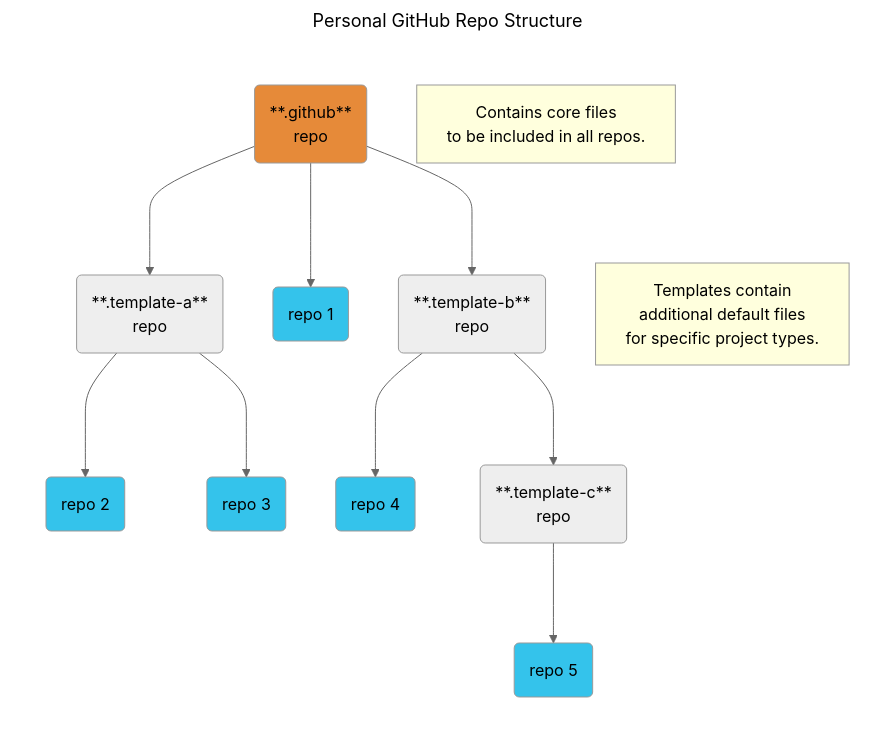
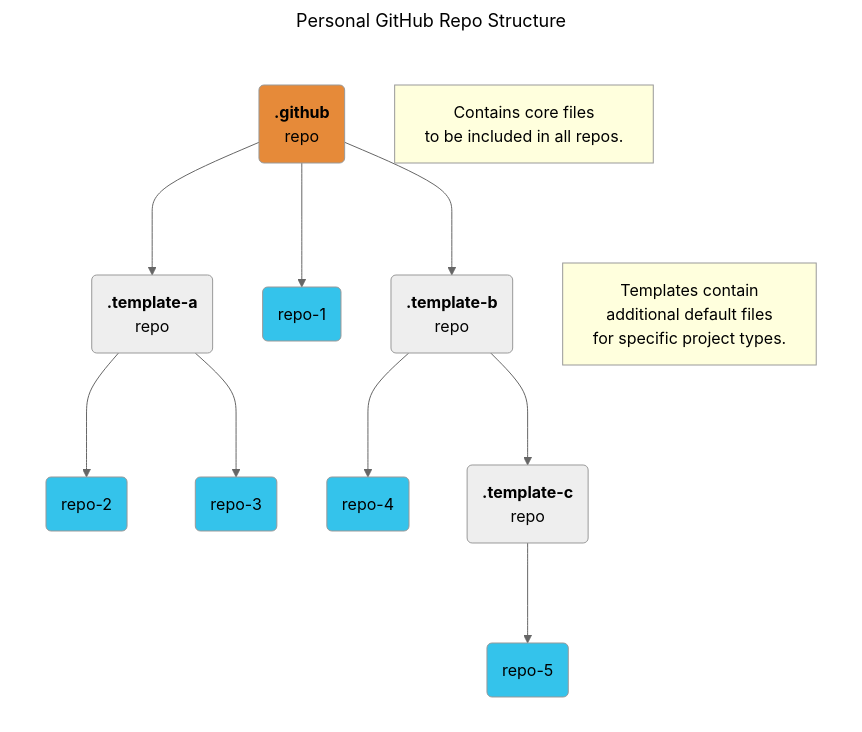
Before and after one commit to TaffarelJr/.github: the diagram in README.md, drawn with Mermaid (neutral theme). The commit also changed other lines of this file and 3 other files, not shown here.

````diff
--- a/README.md
+++ b/README.md
@@ -10,65 +10,65 @@
 ```mermaid
 ---
 title: Personal GitHub Repo Structure
 ---
 
 flowchart TB
 
   subgraph row1 [" "]
-    github(**.github**
+    github(<b>.github</b>
     repo)
 
     githubNote[Contains core files
     to be included in all repos.]
   end
 
   subgraph row2 [" "]
-    templateA(**.template-a**
+    templateA(<b>.template-a</b>
     repo)
 
-    repo1(repo 1)
+    repo1(repo-1)
 
-    templateB(**.template-b**
+    templateB(<b>.template-b</b>
     repo)
 
     templateNote[Templates contain
     additional default files
     for specific project types.]
   end
 
   subgraph row3 [" "]
-    repo2(repo 2)
-    repo3(repo 3)
-    repo4(repo 4)
+    repo2(repo-2)
+    repo3(repo-3)
+    repo4(repo-4)
 
-    templateC(**.template-c**
+    templateC(<b>.template-c</b>
     repo)
   end
 
   subgraph row4 [" "]
-    repo5(repo 5)
+    repo5(repo-5)
   end
 
   classDef row opacity:0
   class row1,row2,row3,row4 row
 
   classDef current fill:#E68A39,color:#000000
   class github current
 
   classDef note fill:#FFFFDD,color:#000000
   class githubNote,templateNote note
 
   classDef repo fill:#34C3EB,color:#000000
   class repo1,repo2,repo3,repo4,repo5 repo
 
   github --> templateA
   github --> repo1
   github --> templateB
 
   templateA --> repo2
   templateA --> repo3
   templateB --> repo4
   templateB --> templateC
 
   templateC --> repo5
 ```
````
